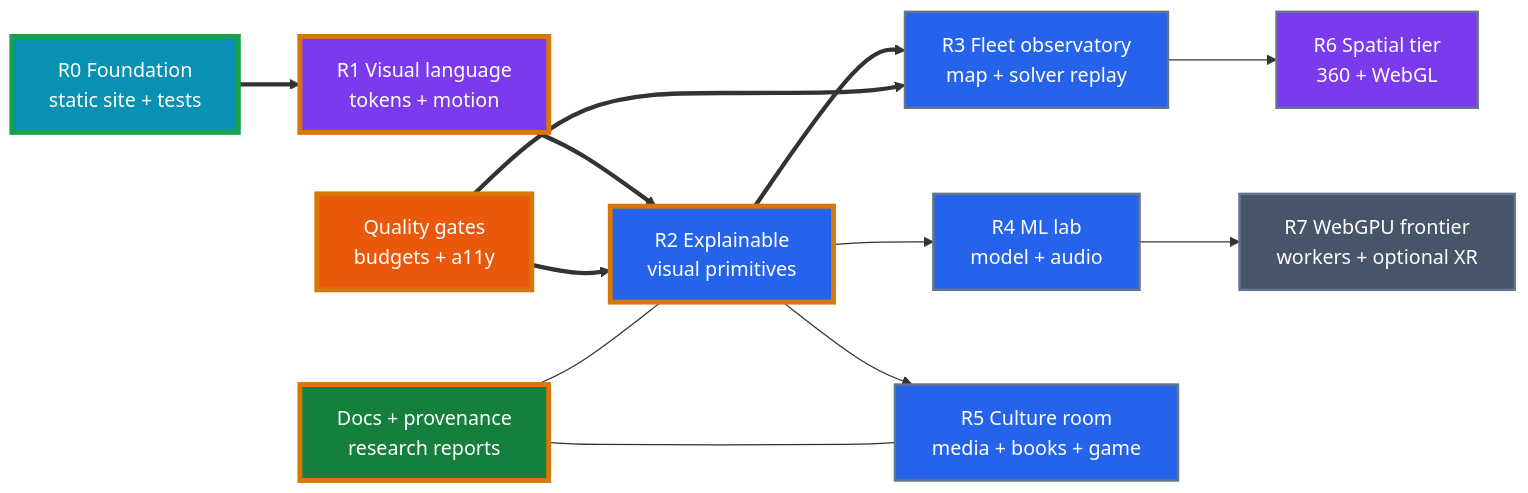
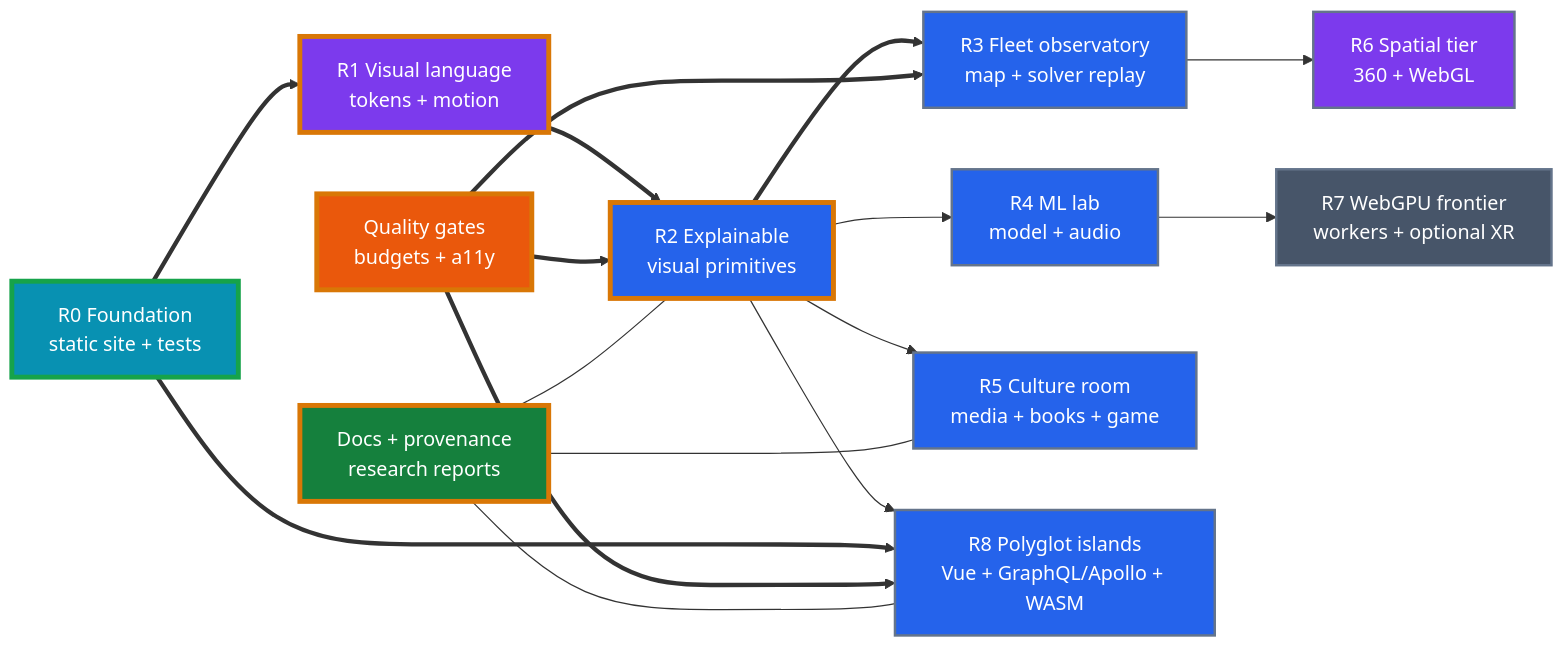
The diagram in docs/moon/ROADMAP.md (ACFPeacekeeper/github-pages), drawn with Mermaid before and after one commit. The commit also changed other lines of this file and 4 other files, not shown here.

First line of the commit message:
docs(moon): add multi-framework platform roadmap (MFP1–MFP16)

````diff
--- a/docs/moon/ROADMAP.md
+++ b/docs/moon/ROADMAP.md
@@ -37,35 +37,40 @@
 ```mermaid
 flowchart LR
   classDef feature fill:#2563eb,color:#fff
   classDef augment fill:#7c3aed,color:#fff
   classDef infra fill:#0891b2,color:#fff
   classDef perf fill:#ea580c,color:#fff
   classDef docs fill:#15803d,color:#fff
   classDef research fill:#475569,color:#fff
   classDef done stroke:#16a34a,stroke-width:4px
   classDef active stroke:#d97706,stroke-width:4px
   classDef planned stroke:#64748b,stroke-width:2px
 
   R0["R0 Foundation\nstatic site + tests"]:::infra
   R1["R1 Visual language\ntokens + motion"]:::augment
   R2["R2 Explainable\nvisual primitives"]:::feature
   R3["R3 Fleet observatory\nmap + solver replay"]:::feature
   R4["R4 ML lab\nmodel + audio"]:::feature
   R5["R5 Culture room\nmedia + books + game"]:::feature
   R6["R6 Spatial tier\n360 + WebGL"]:::augment
   R7["R7 WebGPU frontier\nworkers + optional XR"]:::research
+  R8["R8 Polyglot islands\nVue + GraphQL/Apollo + WASM"]:::feature
   Q["Quality gates\nbudgets + a11y"]:::perf
   D["Docs + provenance\nresearch reports"]:::docs
   class R0 done
   class R1,R2,Q,D active
-  class R3,R4,R5,R6,R7 planned
+  class R3,R4,R5,R6,R7,R8 planned
   R0 ==> R1 ==> R2 ==> R3
   R2 --> R4
   R2 --> R5
   R3 --> R6
   R4 --> R7
+  R2 --> R8
+  R0 ==> R8
   Q ==> R2
   Q ==> R3
+  Q ==> R8
   D --- R2
   D --- R5
+  D --- R8
 ```
````
